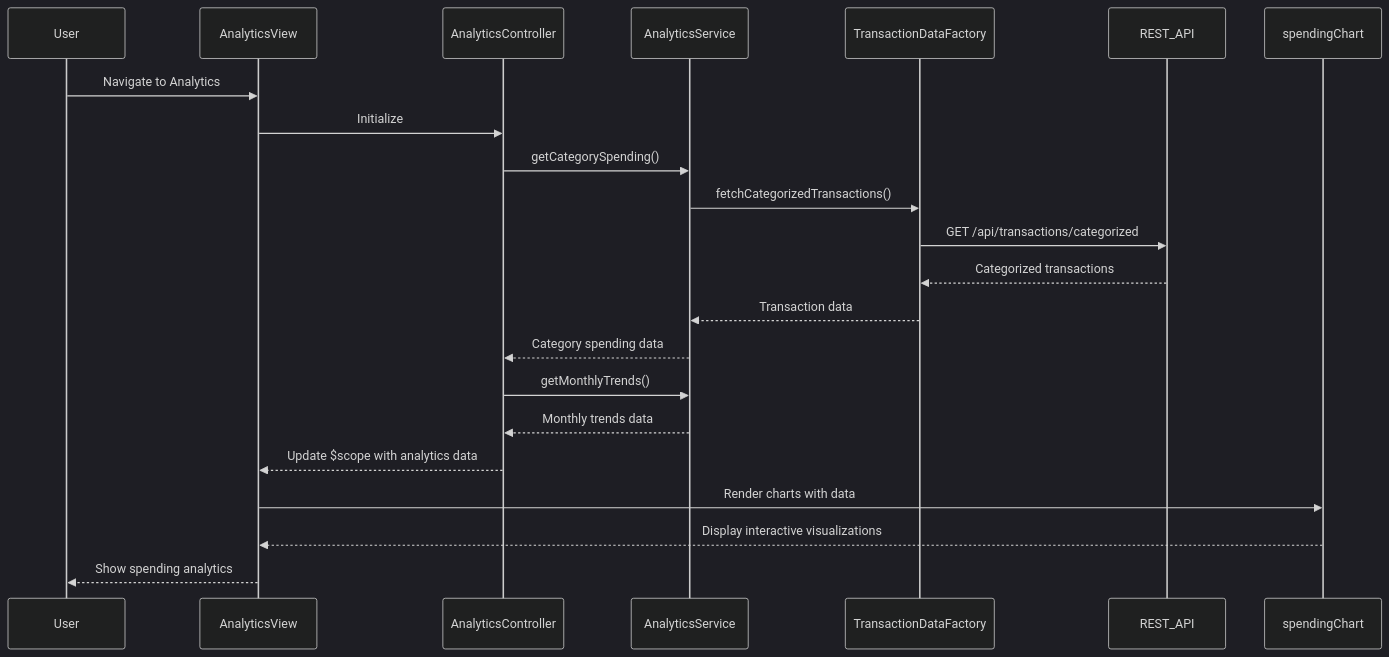
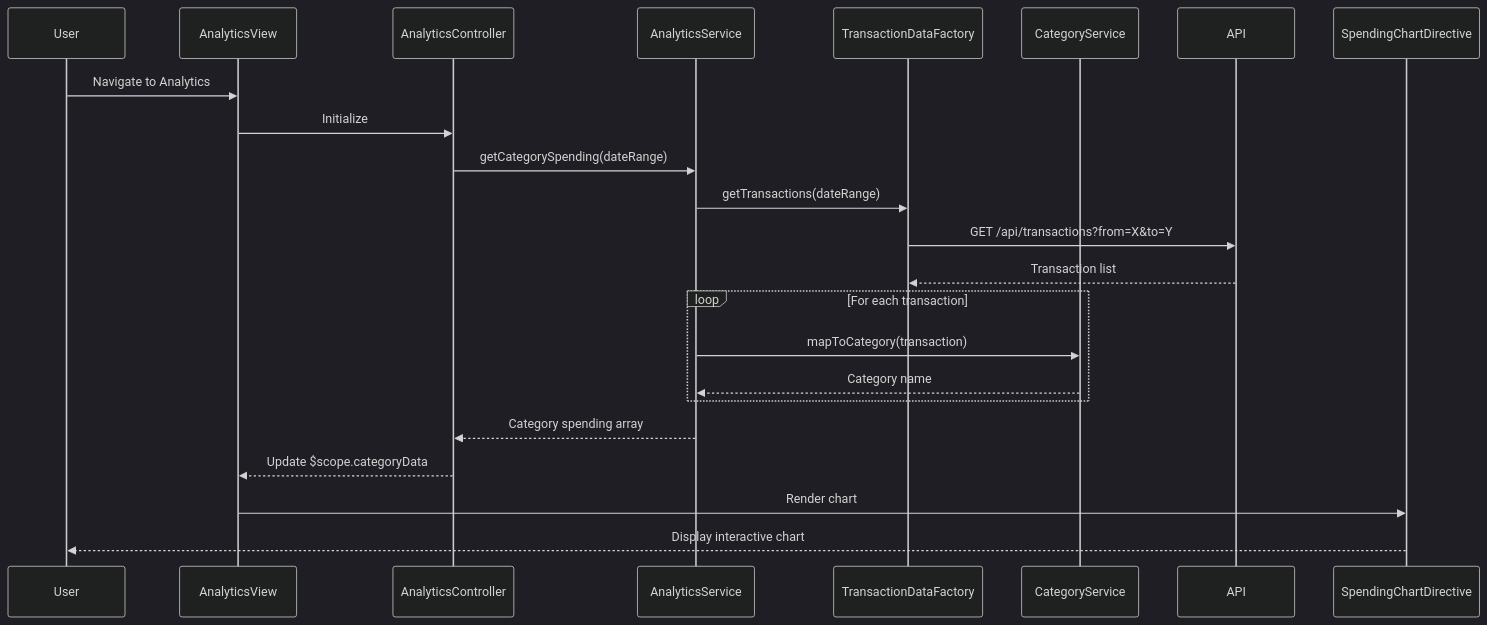
The diagram in LLD/QE-7797_LLD.md (AAVA-Demo/APB_Demo), drawn with Mermaid (dark theme) before and after one commit. The commit also changed other lines of this file and 5 other files, not shown here.

````diff
--- a/LLD/QE-7797_LLD.md
+++ b/LLD/QE-7797_LLD.md
@@ -97,25 +91,25 @@
 ```mermaid
 sequenceDiagram
     participant User
     participant AnalyticsView
     participant AnalyticsController
     participant AnalyticsService
     participant TransactionDataFactory
-    participant REST_API
-    participant spendingChart
+    participant CategoryService
+    participant API
 
     User->>AnalyticsView: Navigate to Analytics
     AnalyticsView->>AnalyticsController: Initialize
-    AnalyticsController->>AnalyticsService: getCategorySpending()
-    AnalyticsService->>TransactionDataFactory: fetchCategorizedTransactions()
-    TransactionDataFactory->>REST_API: GET /api/transactions/categorized
-    REST_API-->>TransactionDataFactory: Categorized transactions
-    TransactionDataFactory-->>AnalyticsService: Transaction data
-    AnalyticsService-->>AnalyticsController: Category spending data
-    AnalyticsController->>AnalyticsService: getMonthlyTrends()
-    AnalyticsService-->>AnalyticsController: Monthly trends data
-    AnalyticsController-->>AnalyticsView: Update $scope with analytics data
-    AnalyticsView->>spendingChart: Render charts with data
-    spendingChart-->>AnalyticsView: Display interactive visualizations
-    AnalyticsView-->>User: Show spending analytics
+    AnalyticsController->>AnalyticsService: getCategorySpending(dateRange)
+    AnalyticsService->>TransactionDataFactory: getTransactions(dateRange)
+    TransactionDataFactory->>API: GET /api/transactions?from=X&to=Y
+    API-->>TransactionDataFactory: Transaction list
+    loop For each transaction
+        AnalyticsService->>CategoryService: mapToCategory(transaction)
+        CategoryService-->>AnalyticsService: Category name
+    end
+    AnalyticsService-->>AnalyticsController: Category spending array
+    AnalyticsController-->>AnalyticsView: Update $scope.categoryData
+    AnalyticsView->>SpendingChartDirective: Render chart
+    SpendingChartDirective-->>User: Display interactive chart
 ```
````
